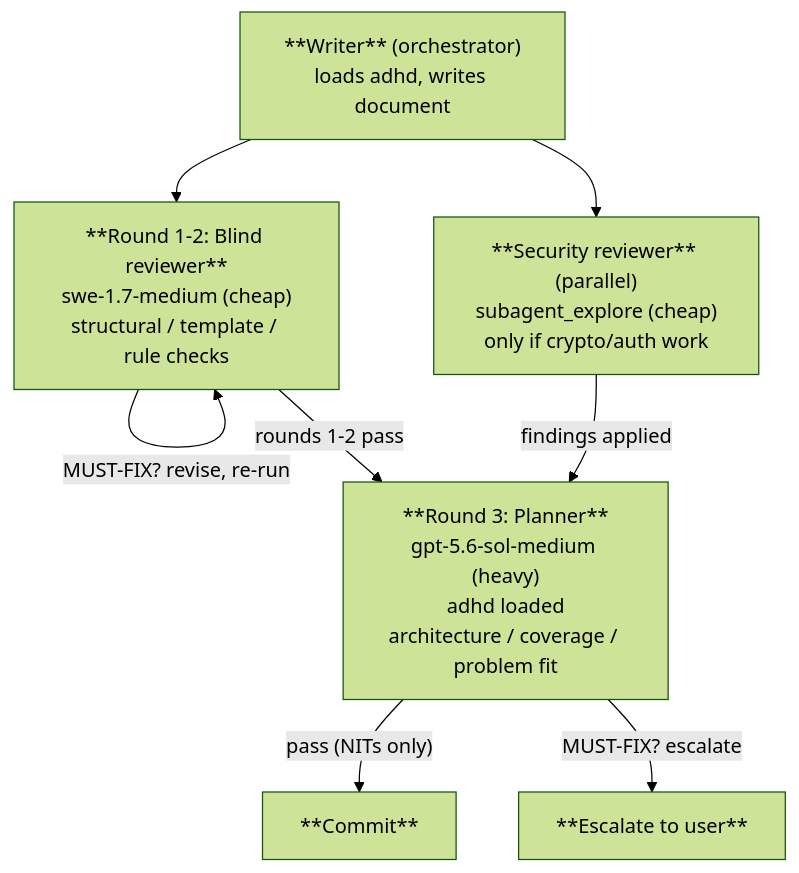
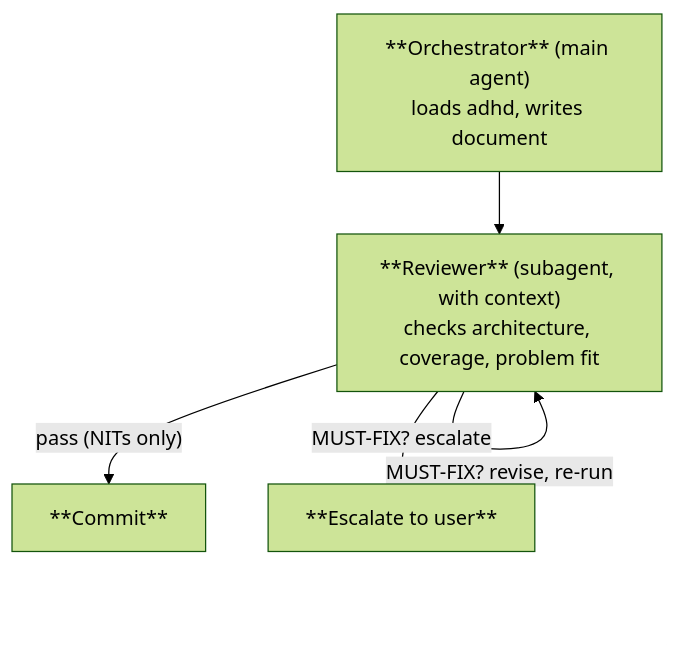
One commit to bperin/project-context changed the third of 4 diagrams in README.md. Above: the diagram before and after it, drawn with Mermaid (forest theme). The commit also changed other lines of this file and 4 other files, not shown here.

First line of the commit message:
Clean up blind-reviewer and explorer references in docs

````diff
--- a/README.md
+++ b/README.md
@@ -103,16 +104,11 @@
 ```mermaid
 graph TD
-    WRITE["**Writer** (orchestrator)<br/>loads adhd, writes document"]
-    BLIND1["**Round 1-2: Blind reviewer**<br/>swe-1.7-medium (cheap)<br/>structural / template / rule checks"]
-    SEC["**Security reviewer** (parallel)<br/>subagent_explore (cheap)<br/>only if crypto/auth work"]
-    PLANNER["**Round 3: Planner**<br/>gpt-5.6-sol-medium (heavy)<br/>adhd loaded<br/>architecture / coverage / problem fit"]
+    WRITE["**Orchestrator** (main agent)<br/>loads adhd, writes document"]
+    REVIEW["**Reviewer** (subagent, with context)<br/>checks architecture, coverage, problem fit"]
     COMMIT["**Commit**"]
 
-    WRITE --> BLIND1
-    WRITE --> SEC
-    BLIND1 -->|"MUST-FIX? revise, re-run"| BLIND1
-    BLIND1 -->|"rounds 1-2 pass"| PLANNER
-    SEC -->|"findings applied"| PLANNER
-    PLANNER -->|"pass (NITs only)"| COMMIT
-    PLANNER -->|"MUST-FIX? escalate"| USER["**Escalate to user**"]
+    WRITE --> REVIEW
+    REVIEW -->|"MUST-FIX? revise, re-run"| REVIEW
+    REVIEW -->|"pass (NITs only)"| COMMIT
+    REVIEW -->|"MUST-FIX? escalate"| USER["**Escalate to user**"]
 ```
````
